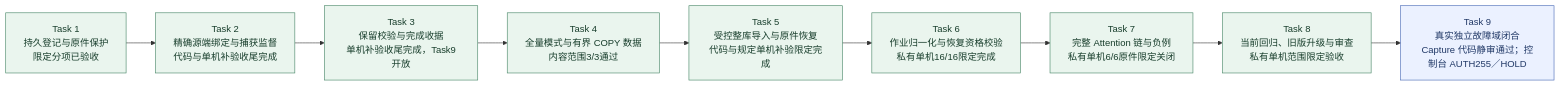
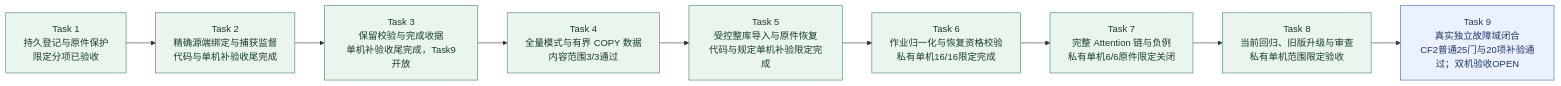
One commit to MansurnamedZhang/learning-system-p0c4 changed the second of 9 diagrams in docs/KnowWeave实施路线与系统架构.md. Above: the diagram before and after it, drawn with Mermaid. The commit also changed other lines of this file and 16 other files, not shown here.

````diff
--- a/docs/KnowWeave实施路线与系统架构.md
+++ b/docs/KnowWeave实施路线与系统架构.md
@@ -80,25 +80,25 @@
 ```mermaid
 flowchart LR
     C4T1["Task 1<br/>持久登记与原件保护<br/>限定分项已验收"]
     C4T2["Task 2<br/>精确源端绑定与捕获监督<br/>代码与单机补验收尾完成"]
     C4T3["Task 3<br/>保留校验与完成收据<br/>单机补验收尾完成，Task9开放"]
     C4T4["Task 4<br/>全量模式与有界 COPY 数据<br/>内容范围3/3通过"]
     C4T5["Task 5<br/>受控整库导入与原件恢复<br/>代码与规定单机补验限定完成"]
     C4T6["Task 6<br/>作业归一化与恢复资格校验<br/>私有单机16/16限定完成"]
     C4T7["Task 7<br/>完整 Attention 链与负例<br/>私有单机6/6原件限定关闭"]
     C4T8["Task 8<br/>当前回归、旧版升级与审查<br/>私有单机范围限定验收"]
-    C4T9["Task 9<br/>真实独立故障域闭合<br/>Capture 代码静审通过；控制台 AUTH255／HOLD"]
+    C4T9["Task 9<br/>真实独立故障域闭合<br/>CF2普通25门与20项补验通过；双机验收OPEN"]
     C4T1 --> C4T2
     C4T2 --> C4T3
     C4T3 --> C4T4
     C4T4 --> C4T5
     C4T5 --> C4T6
     C4T6 --> C4T7
     C4T7 --> C4T8
     C4T8 --> C4T9
     class C4T1,C4T2,C4T3,C4T4,C4T5,C4T6,C4T7,C4T8 done
     class C4T9 next
     classDef done fill:#eaf5ee,stroke:#438363,color:#173d2b
     classDef next fill:#ebf1ff,stroke:#4365b4,color:#203866
     classDef planned fill:#f2f4f8,stroke:#8591a3,color:#28354b
 ```
````
